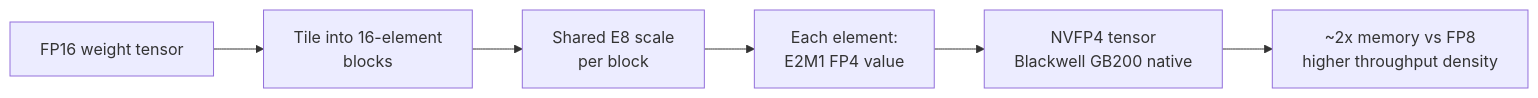
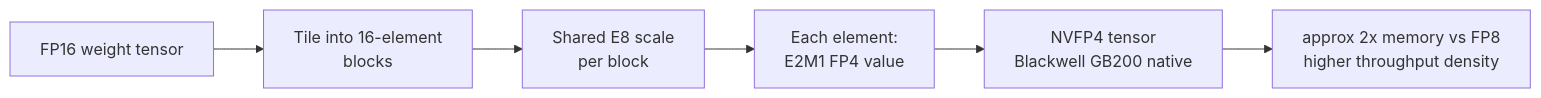
Before and after one commit to arpitsinghgautam/llm-quantization-gallery: the diagram in assets/mermaid/nvfp4.mmd, drawn with Mermaid. The commit also changed 8 other files, not shown here.

First line of the commit message:
fix: repair Mermaid parse errors, restructure README sections, add authors

```diff
--- a/assets/mermaid/nvfp4.mmd
+++ b/assets/mermaid/nvfp4.mmd
@@ -1,6 +1,6 @@
 flowchart LR
     A[FP16 weight tensor] --> B[Tile into 16-element\nblocks]
     B --> C[Shared E8 scale\nper block]
     C --> D[Each element:\nE2M1 FP4 value]
     D --> E[NVFP4 tensor\nBlackwell GB200 native]
-    E --> F[~2x memory vs FP8\nhigher throughput density]
+    E --> F[approx 2x memory vs FP8\nhigher throughput density]
```
